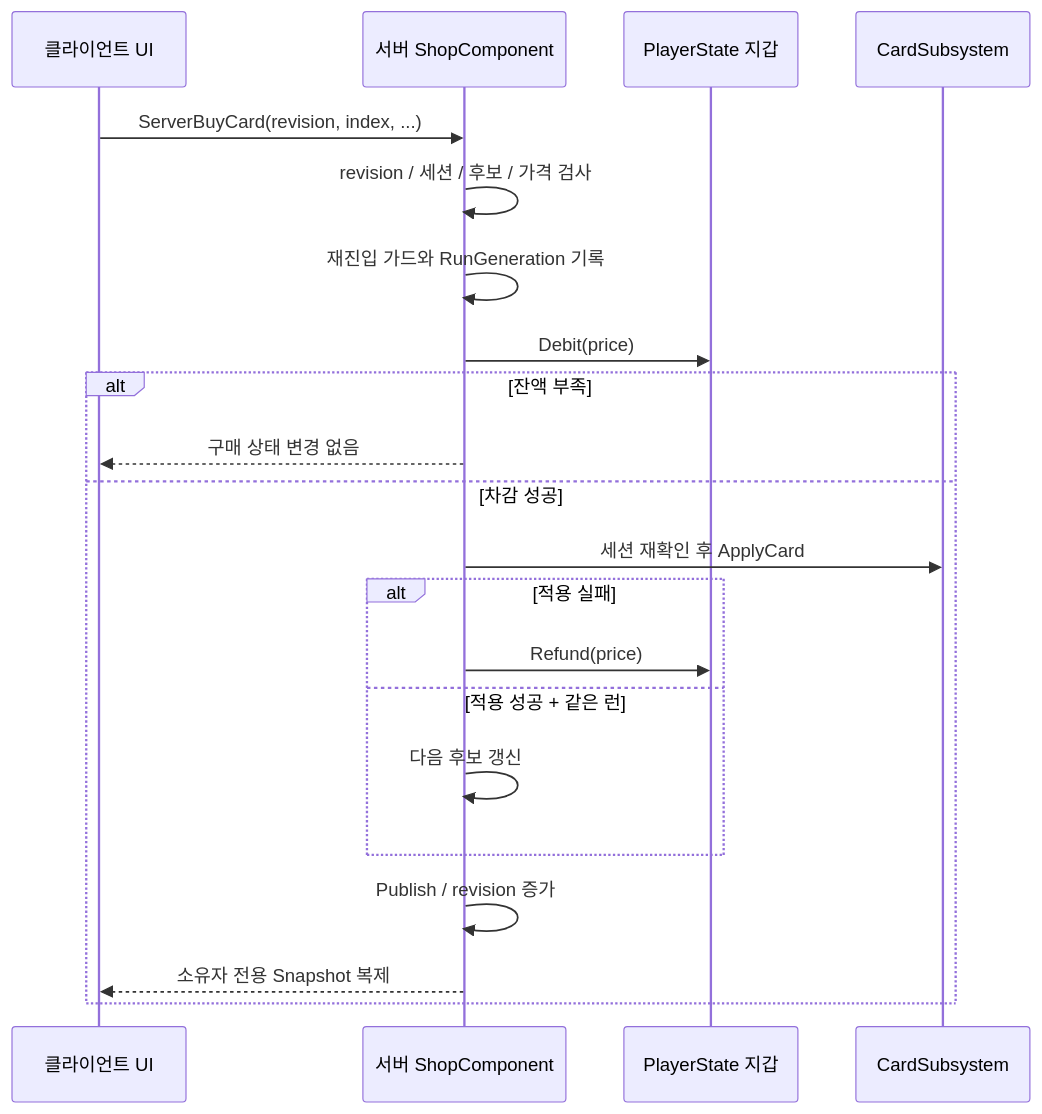
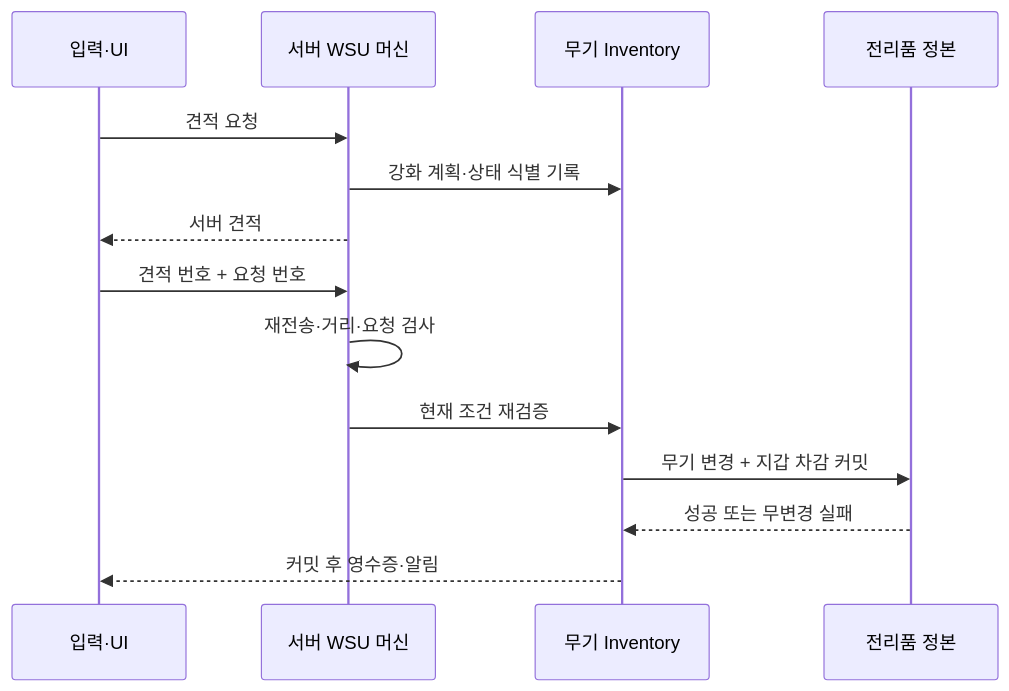
One commit to Hato-1998/FPSRoguelite-Portfolio changed the second of 2 diagrams in docs/03-authoritative-shop.md. Above: the diagram before and after it, drawn with Mermaid. The commit also changed other lines of this file and 9 other files, not shown here.

````diff
--- a/docs/03-authoritative-shop.md
+++ b/docs/03-authoritative-shop.md
@@ -24,23 +43,16 @@
 ```mermaid
 sequenceDiagram
-    participant UI as 클라이언트 UI
-    participant Shop as 서버 ShopComponent
-    participant Wallet as PlayerState 지갑
-    participant Cards as CardSubsystem
-    UI->>Shop: ServerBuyCard(revision, index, ...)
-    Shop->>Shop: revision / 세션 / 후보 / 가격 검사
-    Shop->>Shop: 재진입 가드와 RunGeneration 기록
-    Shop->>Wallet: Debit(price)
-    alt 잔액 부족
-        Shop-->>UI: 구매 상태 변경 없음
-    else 차감 성공
-        Shop->>Cards: 세션 재확인 후 ApplyCard
-        alt 적용 실패
-            Shop->>Wallet: Refund(price)
-        else 적용 성공 + 같은 런
-            Shop->>Shop: 다음 후보 갱신
-        end
-        Shop->>Shop: Publish / revision 증가
-        Shop-->>UI: 소유자 전용 Snapshot 복제
-    end
+    participant UI as 입력·UI
+    participant Machine as 서버 WSU 머신
+    participant Inv as 무기 Inventory
+    participant Ledger as 전리품 정본
+    UI->>Machine: 견적 요청
+    Machine->>Inv: 강화 계획·상태 식별 기록
+    Machine-->>UI: 서버 견적
+    UI->>Machine: 견적 번호 + 요청 번호
+    Machine->>Machine: 재전송·거리·요청 검사
+    Machine->>Inv: 현재 조건 재검증
+    Inv->>Ledger: 무기 변경 + 지갑 차감 커밋
+    Ledger-->>Inv: 성공 또는 무변경 실패
+    Inv-->>UI: 커밋 후 영수증·알림
 ```
````
